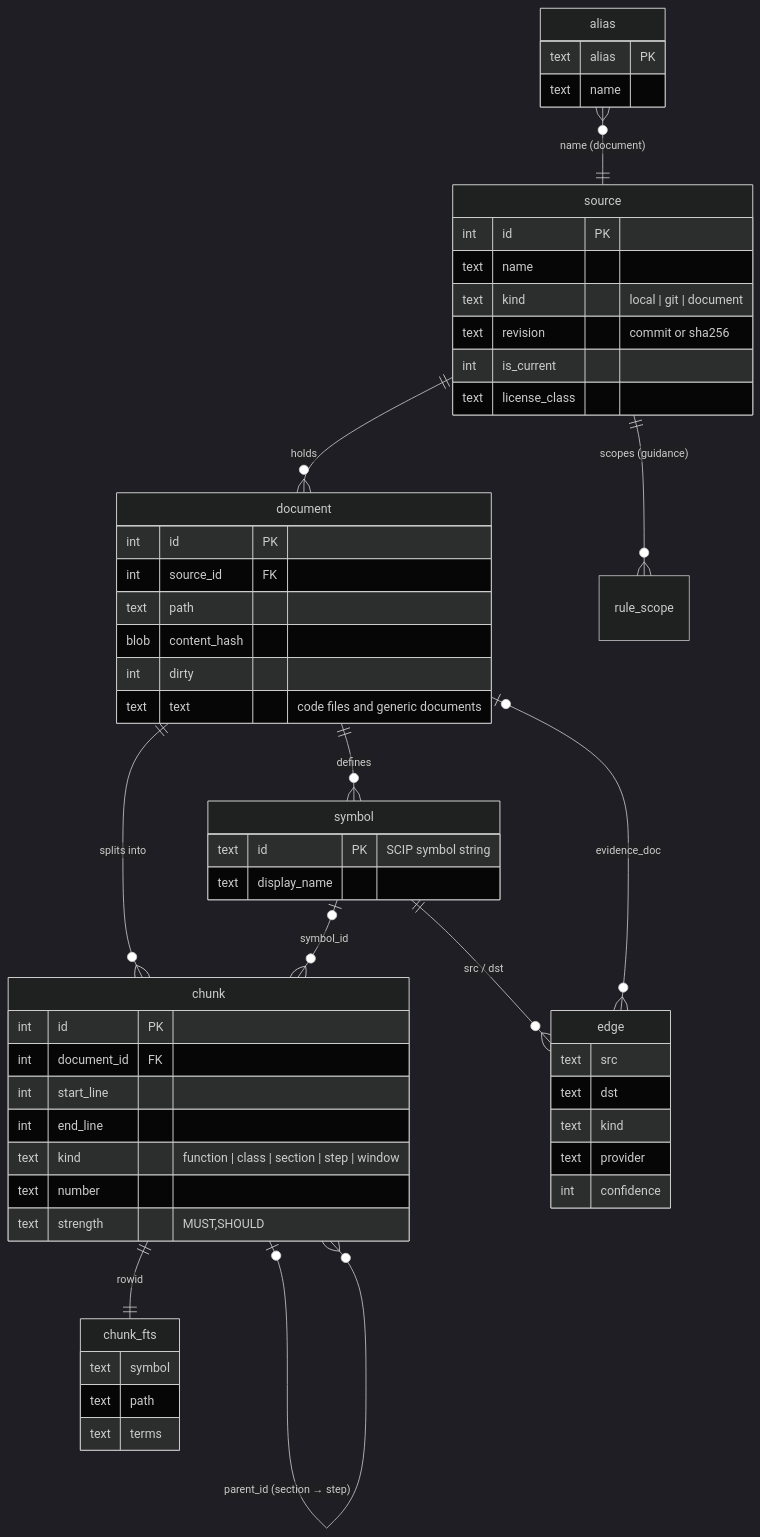
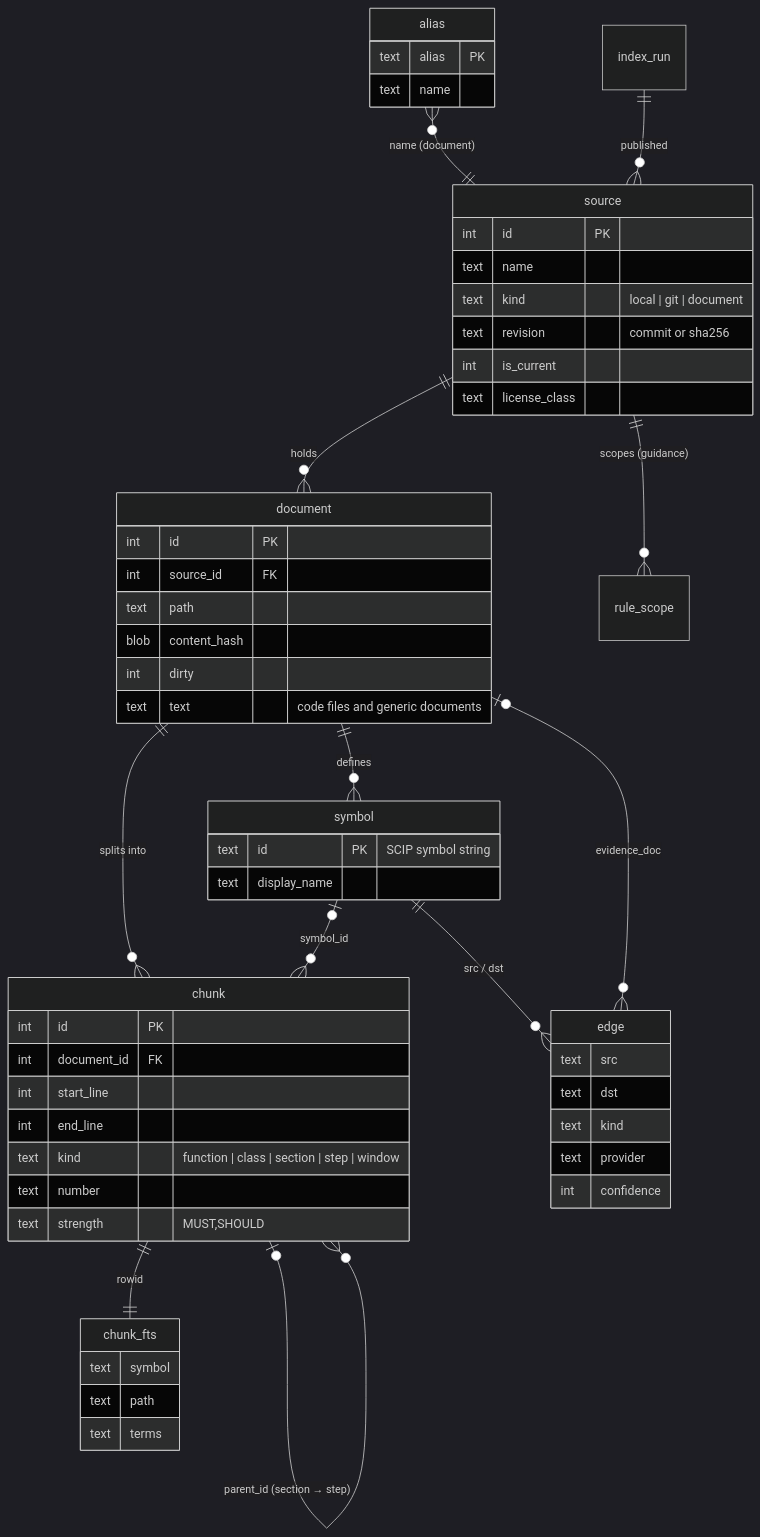
Before and after one commit to jamescrowley321/codecite: the fifth of 5 diagrams in docs/design.md, drawn with Mermaid (dark theme). The commit also changed other lines of this file and 16 other files, not shown here.

First line of the commit message:
fix(index): make an index run one atomic, recorded publish (#262)

````diff
--- a/docs/design.md
+++ b/docs/design.md
@@ -230,58 +242,59 @@
 ```mermaid
 erDiagram
   source ||--o{ document : "holds"
   document ||--o{ chunk : "splits into"
   document ||--o{ symbol : "defines"
   chunk |o--o{ chunk : "parent_id (section → step)"
   symbol |o--o{ chunk : "symbol_id"
   chunk ||--|| chunk_fts : "rowid"
   symbol ||--o{ edge : "src / dst"
   document |o--o{ edge : "evidence_doc"
   alias }o--|| source : "name (document)"
   source ||--o{ rule_scope : "scopes (guidance)"
+  index_run ||--o{ source : "published"
   source {
     int id PK
     text name
     text kind "local | git | document"
     text revision "commit or sha256"
     int is_current
     text license_class
   }
   document {
     int id PK
     int source_id FK
     text path
     blob content_hash
     int dirty
     text text "code files and generic documents"
   }
   chunk {
     int id PK
     int document_id FK
     int start_line
     int end_line
     text kind "function | class | section | step | window"
     text number
     text strength "MUST,SHOULD"
   }
   symbol {
     text id PK "SCIP symbol string"
     text display_name
   }
   edge {
     text src
     text dst
     text kind
     text provider
     int confidence
   }
   alias {
     text alias PK
     text name
   }
   chunk_fts {
     text symbol
     text path
     text terms
   }
 ```
````
